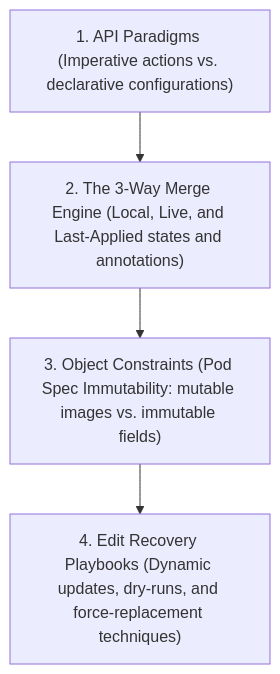
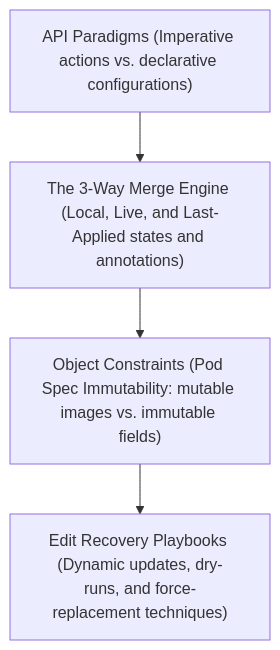
Before and after one commit to kmashour/BrainDump: the diagram in Reference Notes/13_kubernetes_api_management_and_pod_immutability.md, drawn with Mermaid. The commit also changed 15 other files, not shown here.

Commit message:
docs: remove leading numbers from mermaid node labels to avoid list parsing errors

````diff
--- a/Reference Notes/13_kubernetes_api_management_and_pod_immutability.md
+++ b/Reference Notes/13_kubernetes_api_management_and_pod_immutability.md
@@ -11,6 +11,6 @@
 ```mermaid
 graph TD
-    A["1. API Paradigms (Imperative actions vs. declarative configurations)"] --> B["2. The 3-Way Merge Engine (Local, Live, and Last-Applied states and annotations)"]
-    B --> C["3. Object Constraints (Pod Spec Immutability: mutable images vs. immutable fields)"]
-    C --> D["4. Edit Recovery Playbooks (Dynamic updates, dry-runs, and force-replacement techniques)"]
+    A["API Paradigms (Imperative actions vs. declarative configurations)"] --> B["The 3-Way Merge Engine (Local, Live, and Last-Applied states and annotations)"]
+    B --> C["Object Constraints (Pod Spec Immutability: mutable images vs. immutable fields)"]
+    C --> D["Edit Recovery Playbooks (Dynamic updates, dry-runs, and force-replacement techniques)"]
 ```
````
